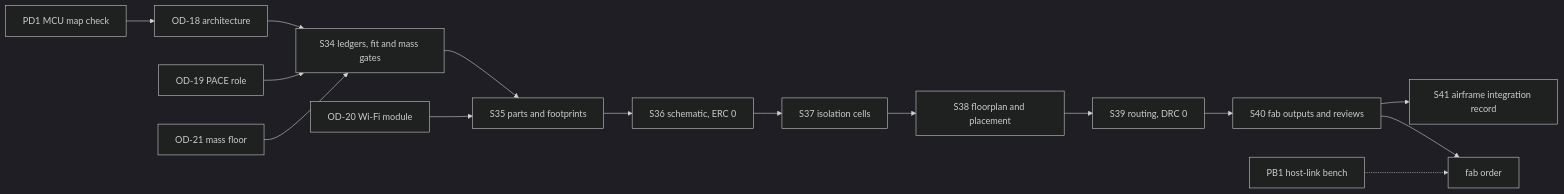
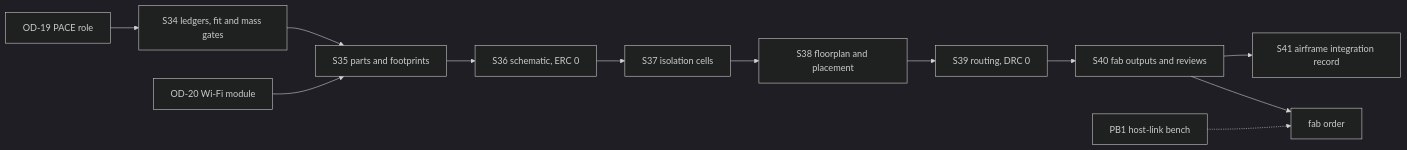
Before and after one commit to Stab-Rabbit-coding/Serenity-UAV: the diagram in docs/plans/2026-11-14-001-feat-nonfo-pilot-pb2-stern-stack-plan.md, drawn with Mermaid (dark theme). The commit also changed other lines of this file and 8 other files, not shown here.

````diff
--- a/docs/plans/2026-11-14-001-feat-nonfo-pilot-pb2-stern-stack-plan.md
+++ b/docs/plans/2026-11-14-001-feat-nonfo-pilot-pb2-stern-stack-plan.md
@@ -172,17 +179,14 @@
 ```mermaid
 flowchart LR
-  OD18[OD-18 architecture] --> S34
   S34[S34 ledgers, fit and mass gates] --> S35[S35 parts and footprints]
   OD20[OD-20 Wi-Fi module] --> S35
   S35 --> S36[S36 schematic, ERC 0]
   S36 --> S37[S37 isolation cells]
   S37 --> S38[S38 floorplan and placement]
   S38 --> S39[S39 routing, DRC 0]
   S39 --> S40[S40 fab outputs and reviews]
   S40 --> S41[S41 airframe integration record]
   OD19[OD-19 PACE role] --> S34
-  OD21[OD-21 mass floor] --> S34
-  PD1[PD1 MCU map check] --> OD18
   PB1[PB1 host-link bench] -.-> FAB[fab order]
   S40 --> FAB
 ```
````
